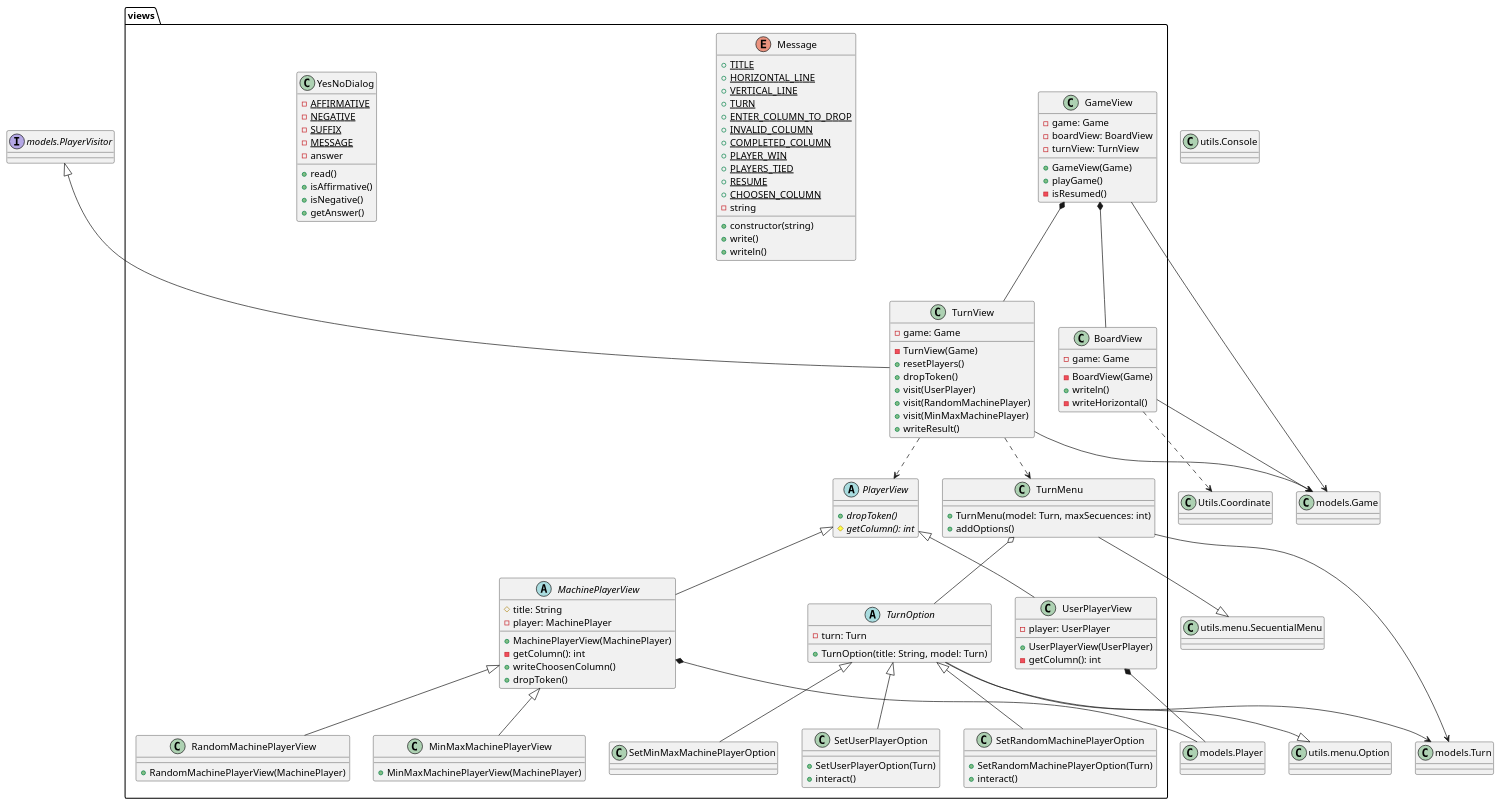
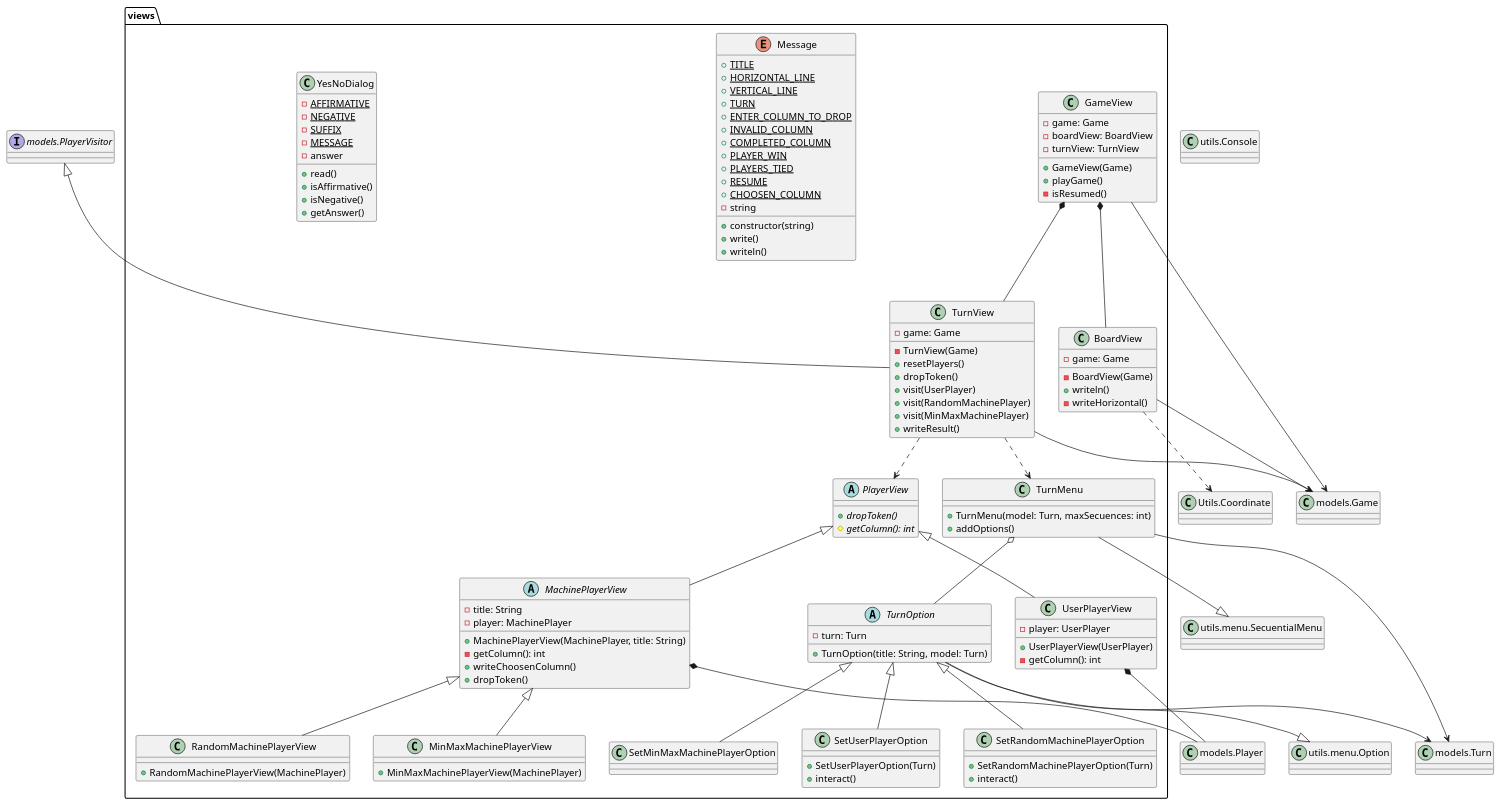
One commit to js-rom/connect4 changed the diagram in connect4/Docs/diagrams/src/packages/connect4.views.plantuml. Above: the diagram before and after it, drawn with PlantUML. The commit also changed 3 other files, not shown here.

Commit message:
refactor(MacinePlayerView): make title a private member

```diff
--- a/connect4/Docs/diagrams/src/packages/connect4.views.plantuml
+++ b/connect4/Docs/diagrams/src/packages/connect4.views.plantuml
@@ -1,135 +1,135 @@
 @startuml connect4.views
 
 class views.GameView
 class views.BoardView
 class views.TurnView
 abstract class views.PlayerView
 abstract class views.MachinePlayerView
 class views.MinMaxMachinePlayerView
 class views.RandomMachinePlayerView
 class views.UserPlayerView
 class views.TurnMenu
 abstract class views.TurnOption
 class views.SetRandomMachinePlayerOption
 class views.SetMinMaxMachinePlayerOption
 class views.SetUserPlayerOption
 enum views.Message
 class views.YesNoDialog
 
 GameView *-- TurnView
 GameView *-- BoardView
 TurnView ..> PlayerView
 PlayerView <|-- UserPlayerView
 PlayerView <|-- MachinePlayerView
 MachinePlayerView <|-- MinMaxMachinePlayerView
 MachinePlayerView <|-- RandomMachinePlayerView
 TurnOption <|-- SetRandomMachinePlayerOption
 TurnOption <|-- SetMinMaxMachinePlayerOption
 TurnOption <|-- SetUserPlayerOption
 
 TurnView ..> TurnMenu
 TurnMenu o-- TurnOption
 
 
 class Option as "utils.menu.Option"
 class SecuentialMenu as "utils.menu.SecuentialMenu"
 class Game as "models.Game"
 class Turn as "models.Turn"
 class Coordinate as "Utils.Coordinate"
 class Console as "utils.Console"
 class Player as "models.Player"
 interface PlayerVisitor as "models.PlayerVisitor"
 
 TurnOption --|> Option
 TurnMenu --|> SecuentialMenu
 BoardView --> Game
 BoardView ..> Coordinate
 GameView --> Game
 MachinePlayerView *-- Player
 UserPlayerView *-- Player
 TurnView --> Game
 TurnMenu --> Turn
 TurnOption --> Turn
 PlayerVisitor <|-- TurnView
 
 
 GameView : -game: Game
 GameView : -boardView: BoardView
 GameView : -turnView: TurnView
 GameView : +GameView(Game)
 GameView : +playGame()
 GameView : -isResumed()
 
 TurnView : -game: Game
 TurnView : -TurnView(Game)
 TurnView : +resetPlayers()
 TurnView : +dropToken()
 TurnView : +visit(UserPlayer)
 TurnView : +visit(RandomMachinePlayer)
 TurnView : +visit(MinMaxMachinePlayer)
 TurnView : +writeResult()
 
 BoardView : -game: Game
 BoardView : -BoardView(Game)
 BoardView : +writeln()
 BoardView : -writeHorizontal()
 
 PlayerView : +{abstract}dropToken()
 PlayerView : {abstract} #getColumn(): int
 
-MachinePlayerView : #title: String
+MachinePlayerView : -title: String
 MachinePlayerView : -player: MachinePlayer
-MachinePlayerView : +MachinePlayerView(MachinePlayer)
+MachinePlayerView : +MachinePlayerView(MachinePlayer, title: String)
 MachinePlayerView : -getColumn(): int
 MachinePlayerView : +writeChoosenColumn()
 MachinePlayerView : +dropToken()
 
 MinMaxMachinePlayerView : +MinMaxMachinePlayerView(MachinePlayer)
 
 RandomMachinePlayerView : +RandomMachinePlayerView(MachinePlayer)
 
 UserPlayerView : -player: UserPlayer
 UserPlayerView : +UserPlayerView(UserPlayer)
 UserPlayerView : -getColumn(): int
 
 Message : {static} +TITLE
 Message : {static} +HORIZONTAL_LINE
 Message : {static} +VERTICAL_LINE
 Message : {static} +TURN
 Message : {static} +ENTER_COLUMN_TO_DROP
 Message : {static} +INVALID_COLUMN
 Message : {static} +COMPLETED_COLUMN
 Message : {static} +PLAYER_WIN
 Message : {static} +PLAYERS_TIED
 Message : {static} +RESUME
 Message : {static} +CHOOSEN_COLUMN
 Message : -string
 Message : +constructor(string)
 Message : +write()
 Message : +writeln()
 
 
 YesNoDialog : {static} -AFFIRMATIVE
 YesNoDialog : {static} -NEGATIVE
 YesNoDialog : {static} -SUFFIX
 YesNoDialog : {static} -MESSAGE
 YesNoDialog : -answer
 YesNoDialog : +read()
 YesNoDialog : +isAffirmative()
 YesNoDialog : +isNegative()
 YesNoDialog : +getAnswer()
 
 TurnMenu : +TurnMenu(model: Turn, maxSecuences: int)
 TurnMenu : +addOptions()
 
 TurnOption : -turn: Turn
 TurnOption : +TurnOption(title: String, model: Turn)
 
 SetRandomMachinePlayerOption : +SetRandomMachinePlayerOption(Turn)
 SetRandomMachinePlayerOption : +interact()
 
 SetUserPlayerOption : +SetUserPlayerOption(Turn)
 SetUserPlayerOption : +interact()
 
 
 @enduml
```
